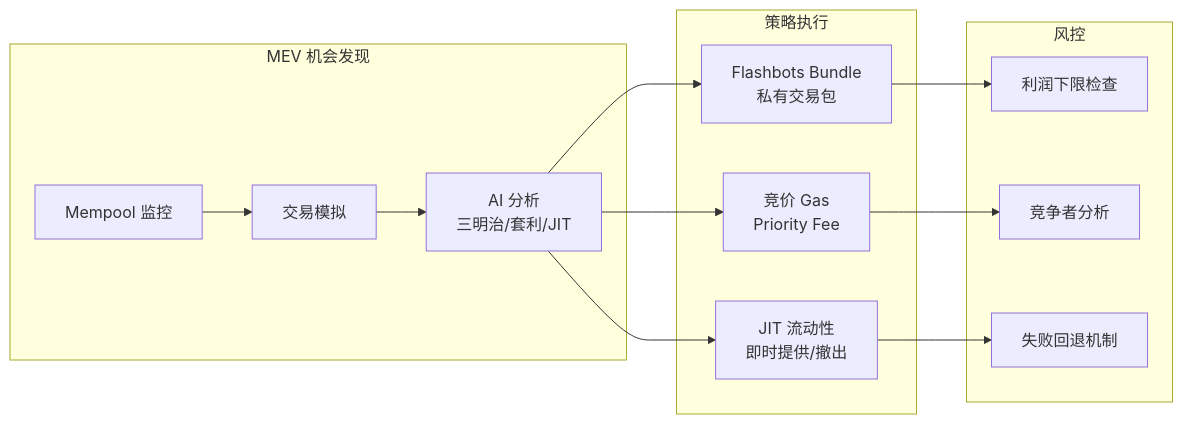
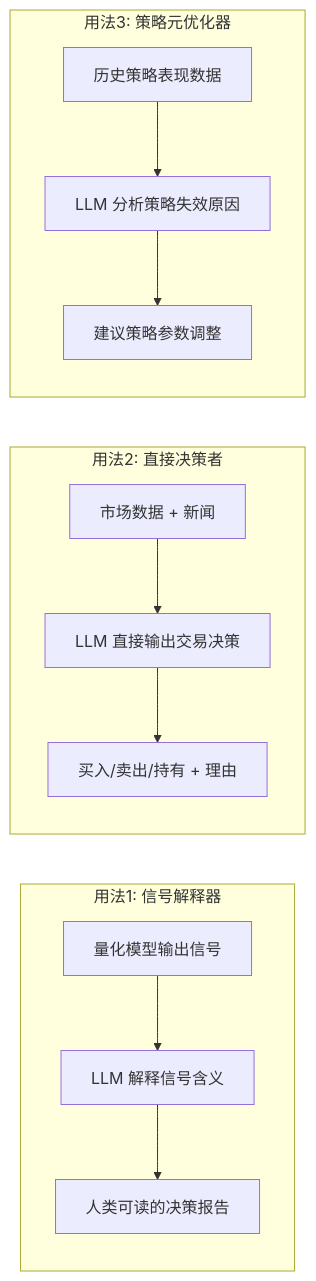
Before and after one commit to Silence-dream/ai-web3-school-cohort-0: the fourth of 12 diagrams in daily/2025-06-02.md, drawn with Mermaid. The commit also changed other lines of this file, not shown here.

````diff
--- a/daily/2025-06-02.md
+++ b/daily/2025-06-02.md
@@ -151,23 +426,15 @@
 ```mermaid
 flowchart LR
-    subgraph "MEV 机会发现"
-        A[Mempool 监控] --> B[交易模拟]
-        B --> C[AI 分析<br/>三明治/套利/JIT]
+    subgraph "用法1: 信号解释器"
+        A[量化模型输出信号] --> B[LLM 解释信号含义]
+        B --> C[人类可读的决策报告]
     end
-    subgraph "策略执行"
-        D[Flashbots Bundle<br/>私有交易包]
-        E[竞价 Gas<br/>Priority Fee]
-        F[JIT 流动性<br/>即时提供/撤出]
+    subgraph "用法2: 直接决策者"
+        D[市场数据 + 新闻] --> E[LLM 直接输出交易决策]
+        E --> F[买入/卖出/持有 + 理由]
     end
-    subgraph "风控"
-        G[利润下限检查]
-        H[竞争者分析]
-        I[失败回退机制]
+    subgraph "用法3: 策略元优化器"
+        G[历史策略表现数据] --> H[LLM 分析策略失效原因]
+        H --> I[建议策略参数调整]
     end
-    C --> D
-    C --> E
-    C --> F
-    D --> G
-    E --> H
-    F --> I
 ```
````
